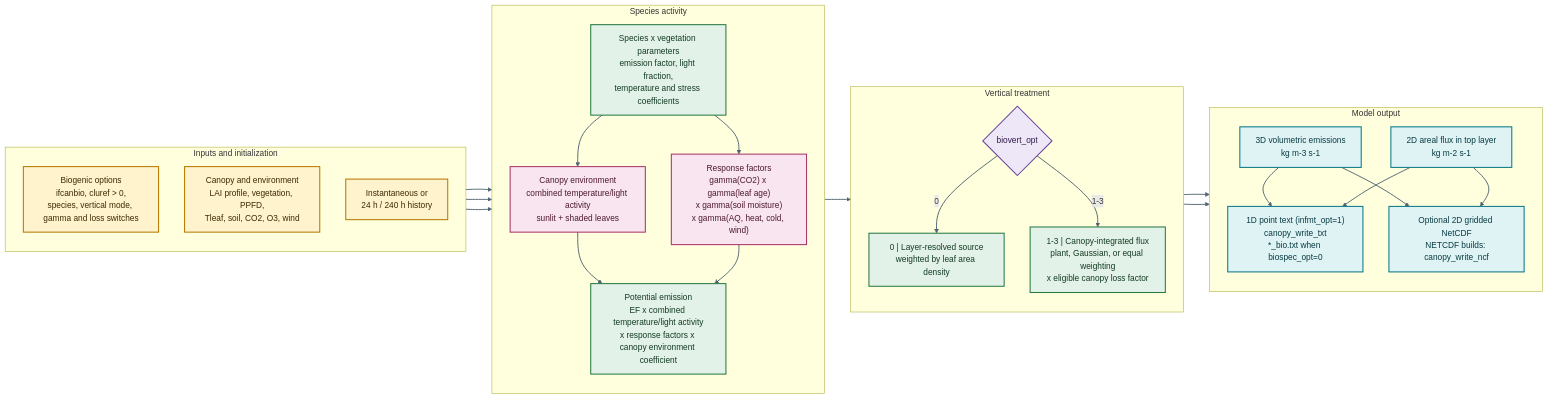
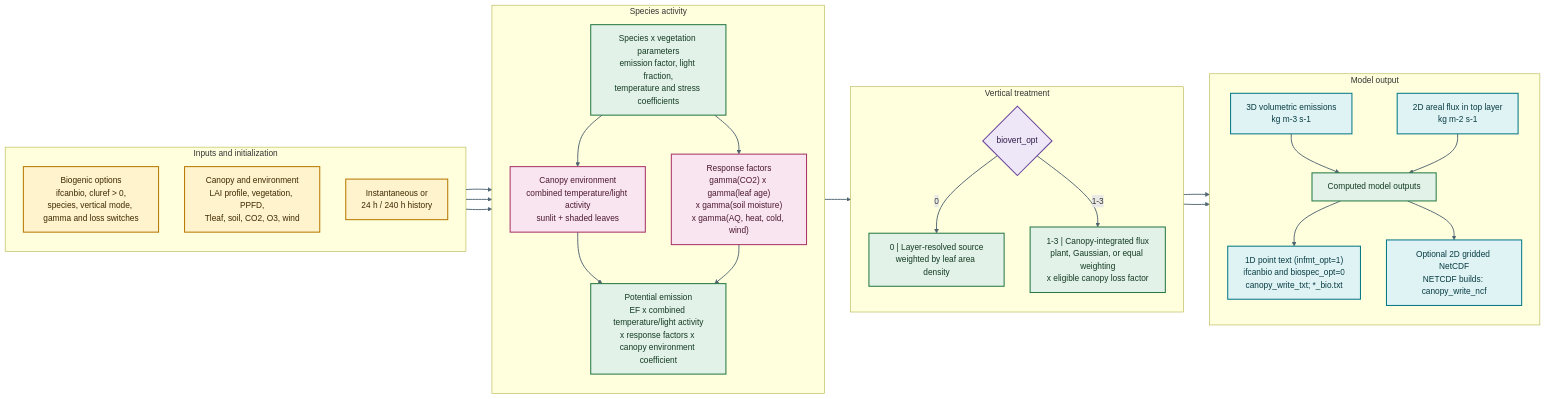
One commit to noaa-oar-arl/canopy-app changed the diagram in docs/development/biogenic_emissions_flowchart_simplified.mmd. Above: the diagram before and after it, drawn with Mermaid. The commit also changed 2 other files, not shown here.

Commit message:
More flowchart updates.

```diff
--- a/docs/development/biogenic_emissions_flowchart_simplified.mmd
+++ b/docs/development/biogenic_emissions_flowchart_simplified.mmd
@@ -1,53 +1,54 @@
 flowchart LR
     classDef input fill:#FFF3CD,stroke:#B77900,color:#3D2900,stroke-width:2px
     classDef model fill:#E3F2E8,stroke:#287A45,color:#123A22,stroke-width:2px
     classDef factor fill:#F8E5EF,stroke:#A93669,color:#4D1831,stroke-width:2px
     classDef decision fill:#EEE7F8,stroke:#68429A,color:#2F1948,stroke-width:2px
     classDef output fill:#DFF3F5,stroke:#087987,color:#073B41,stroke-width:2px
 
     subgraph A["Inputs and initialization"]
         direction TB
         CFG["Biogenic options<br/>ifcanbio, cluref > 0,<br/>species, vertical mode, gamma and loss switches"]:::input
         STATE["Canopy and environment<br/>LAI profile, vegetation, PPFD,<br/>Tleaf, soil, CO2, O3, wind"]:::input
         HIST["Instantaneous or<br/>24 h / 240 h history"]:::input
     end
 
     subgraph B["Species activity"]
         direction TB
         PARM["Species x vegetation parameters<br/>emission factor, light fraction,<br/>temperature and stress coefficients"]:::model
         ENV["Canopy environment<br/>combined temperature/light activity<br/>sunlit + shaded leaves"]:::factor
         MOD["Response factors<br/>gamma(CO2) x gamma(leaf age)<br/>x gamma(soil moisture)<br/>x gamma(AQ, heat, cold, wind)"]:::factor
         EMIS["Potential emission<br/>EF x combined temperature/light activity<br/>x response factors x canopy environment coefficient"]:::model
     end
 
     subgraph C["Vertical treatment"]
         direction TB
         VERT{"biovert_opt"}:::decision
         PROFILE["0 | Layer-resolved source<br/>weighted by leaf area density"]:::model
         INTEGRATE["1-3 | Canopy-integrated flux<br/>plant, Gaussian, or equal weighting<br/>x eligible canopy loss factor"]:::model
     end
 
     subgraph D["Model output"]
         direction TB
         VOL["3D volumetric emissions<br/>kg m-3 s-1"]:::output
         AREA["2D areal flux in top layer<br/>kg m-2 s-1"]:::output
-        WRITE["1D point text (infmt_opt=1)<br/>canopy_write_txt<br/>*_bio.txt when biospec_opt=0"]:::output
+        OUT["Computed model outputs"]:::model
+        WRITE["1D point text (infmt_opt=1)<br/>ifcanbio and biospec_opt=0<br/>canopy_write_txt; *_bio.txt"]:::output
         NCF["Optional 2D gridded NetCDF<br/>NETCDF builds: canopy_write_ncf"]:::output
     end
 
     CFG --> PARM
     STATE --> ENV
     HIST --> ENV
     PARM --> ENV
     PARM --> MOD
     ENV --> EMIS
     MOD --> EMIS
     EMIS --> VERT
     VERT -->|0| PROFILE --> VOL
     VERT -->|1-3| INTEGRATE --> AREA
-    VOL --> WRITE
-    AREA --> WRITE
-    VOL --> NCF
-    AREA --> NCF
+    VOL --> OUT
+    AREA --> OUT
+    OUT --> WRITE
+    OUT --> NCF
 
     linkStyle default stroke:#4F6470,stroke-width:1.8px
```
